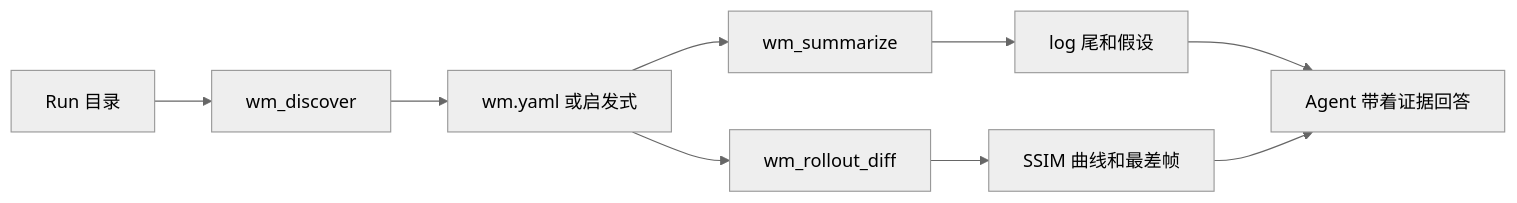
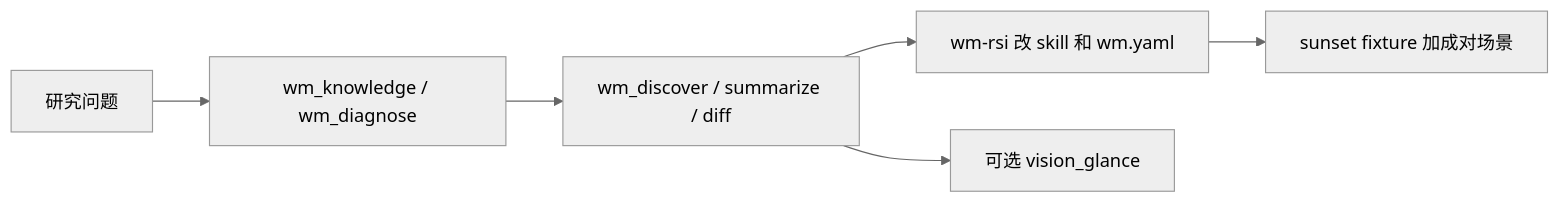
One commit to WayneJin0918/dsh-wm changed the first of 2 diagrams in README.zh.md. Above: the diagram before and after it, drawn with Mermaid (neutral theme). The commit also changed other lines of this file and 10 other files, not shown here.

````diff
--- a/README.zh.md
+++ b/README.zh.md
@@ -172,11 +198,8 @@
 ```mermaid
 flowchart LR
-  run[Run 目录] --> discover[wm_discover]
-  discover --> yaml[wm.yaml 或启发式]
-  yaml --> summarize[wm_summarize]
-  yaml --> diff[wm_rollout_diff]
-  summarize --> card[log 尾和假设]
-  diff --> curve[SSIM 曲线和最差帧]
-  card --> agent[Agent 带着证据回答]
-  curve --> agent
+  ask[研究问题] --> know[wm_knowledge / wm_diagnose]
+  know --> measure[wm_discover / summarize / diff]
+  measure --> rsi[wm-rsi 改 skill 和 wm.yaml]
+  rsi --> gate[sunset fixture 加成对场景]
+  measure --> eyes[可选 vision_glance]
 ```
````
